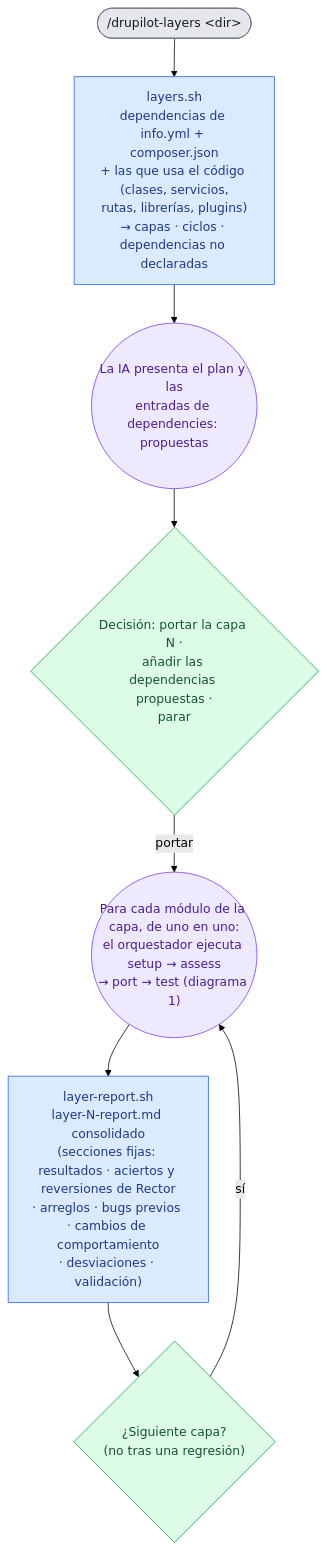
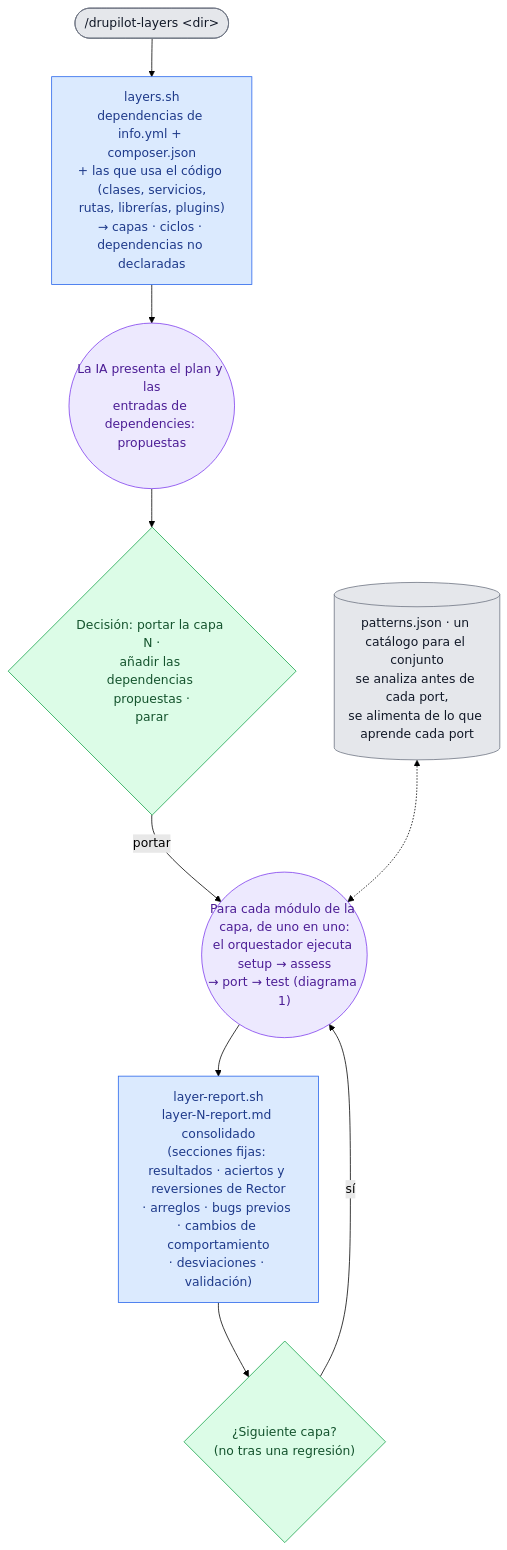
The fifth of 5 diagrams in FLOW_es.md (thebrokenbrain/drupilot), drawn with Mermaid (forest theme) before and after one commit. The commit also changed other lines of this file and 14 other files, not shown here.

````diff
--- a/FLOW_es.md
+++ b/FLOW_es.md
@@ -229,19 +232,21 @@
 ```mermaid
 flowchart TD
     L0(["/drupilot-layers &lt;dir&gt;"]):::result
     LS["layers.sh<br/>dependencias de info.yml + composer.json<br/>+ las que usa el código (clases, servicios,<br/>rutas, librerías, plugins)<br/>→ capas · ciclos · dependencias no declaradas"]:::script
     LAI(("La IA presenta el plan y las<br/>entradas de dependencies: propuestas")):::ai
     LD{"Decisión: portar la capa N ·<br/>añadir las dependencias propuestas ·<br/>parar"}:::human
     LP(("Para cada módulo de la capa, de uno en uno:<br/>el orquestador ejecuta setup → assess<br/>→ port → test (diagrama 1)")):::ai
+    LC[("patterns.json · un catálogo para el conjunto<br/>se analiza antes de cada port,<br/>se alimenta de lo que aprende cada port")]:::result
     LR["layer-report.sh<br/>layer-N-report.md consolidado<br/>(secciones fijas: resultados · aciertos y reversiones de Rector<br/>· arreglos · bugs previos · cambios de comportamiento<br/>· desviaciones · validación)"]:::script
     LN{"¿Siguiente capa?<br/>(no tras una regresión)"}:::human
 
     L0 --> LS --> LAI --> LD
     LD -->|portar| LP --> LR --> LN
     LN -->|sí| LP
+    LC <-.-> LP
 
     classDef script fill:#dbeafe,stroke:#2563eb,color:#1e3a8a;
     classDef ai fill:#ede9fe,stroke:#7c3aed,color:#4c1d95;
     classDef human fill:#dcfce7,stroke:#16a34a,color:#14532d;
     classDef result fill:#e5e7eb,stroke:#6b7280,color:#111827;
 ```
````
